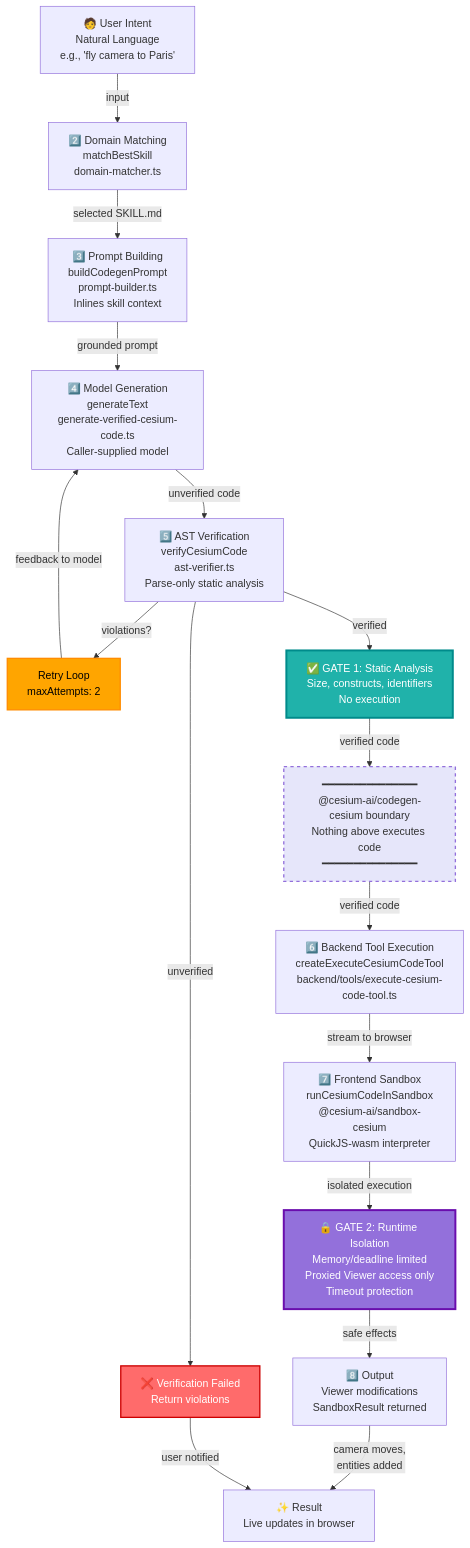
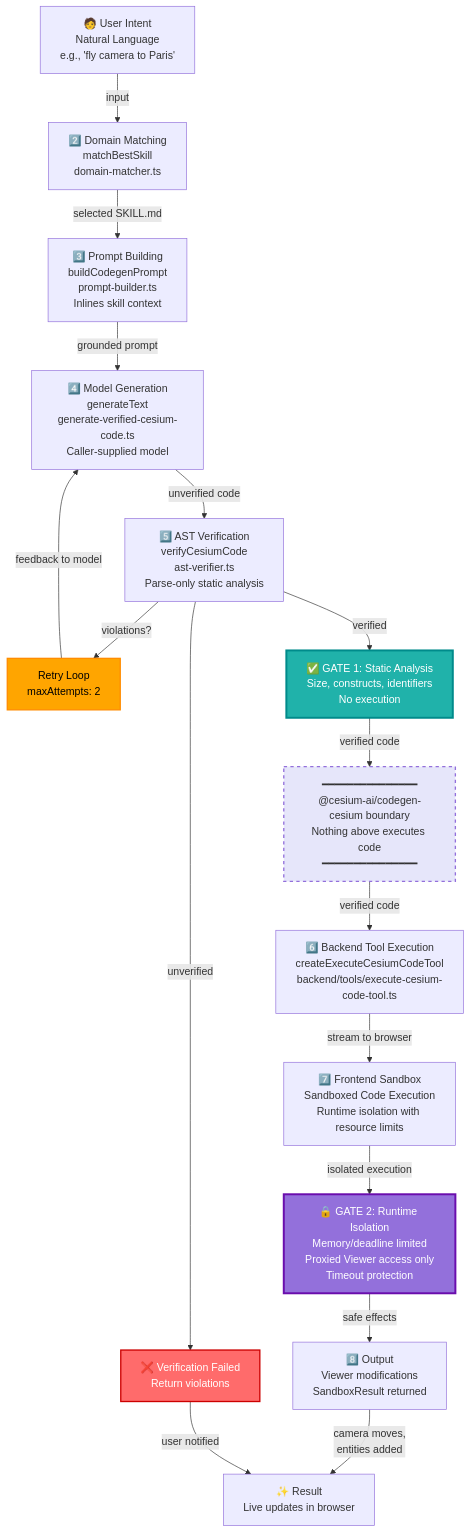
The first of 2 diagrams in packages/codegen-cesium/README.md (CesiumGS/cesiumjs-ai-starter-app), drawn with Mermaid before and after one commit. The commit also changed other lines of this file and 4 other files, not shown here.

````diff
--- a/packages/codegen-cesium/README.md
+++ b/packages/codegen-cesium/README.md
@@ -30,36 +30,36 @@
 ```mermaid
 graph TD
     A["🧑 User Intent<br/>Natural Language<br/>e.g., 'fly camera to Paris'"] -->|input| B["2️⃣ Domain Matching<br/>matchBestSkill<br/>domain-matcher.ts"]
 
     B -->|selected SKILL.md| C["3️⃣ Prompt Building<br/>buildCodegenPrompt<br/>prompt-builder.ts<br/>Inlines skill context"]
 
     C -->|grounded prompt| D["4️⃣ Model Generation<br/>generateText<br/>generate-verified-cesium-code.ts<br/>Caller-supplied model"]
 
     D -->|unverified code| E["5️⃣ AST Verification<br/>verifyCesiumCode<br/>ast-verifier.ts<br/>Parse-only static analysis"]
 
     E -->|violations?| E_retry["Retry Loop<br/>maxAttempts: 2"]
     E_retry -->|feedback to model| D
 
     E -->|verified| F["✅ GATE 1: Static Analysis<br/>Size, constructs, identifiers<br/>No execution"]
 
     F -->|verified code| BOUNDARY["━━━━━━━━━━━━━━━<br/>@cesium-ai/codegen-cesium boundary<br/>Nothing above executes code<br/>━━━━━━━━━━━━━━━"]
 
     BOUNDARY -->|verified code| G["6️⃣ Backend Tool Execution<br/>createExecuteCesiumCodeTool<br/>backend/tools/execute-cesium-code-tool.ts"]
 
-    G -->|stream to browser| H["7️⃣ Frontend Sandbox<br/>runCesiumCodeInSandbox<br/>@cesium-ai/sandbox-cesium<br/>QuickJS-wasm interpreter"]
+    G -->|stream to browser| H["7️⃣ Frontend Sandbox<br/>Sandboxed Code Execution<br/>Runtime isolation with resource limits"]
 
     H -->|isolated execution| I["🔒 GATE 2: Runtime Isolation<br/>Memory/deadline limited<br/>Proxied Viewer access only<br/>Timeout protection"]
 
     I -->|safe effects| J["8️⃣ Output<br/>Viewer modifications<br/>SandboxResult returned"]
 
     J -->|camera moves,<br/>entities added| K["✨ Result<br/>Live updates in browser"]
 
     E -->|unverified| REJECT["❌ Verification Failed<br/>Return violations"]
     REJECT -->|user notified| K
 
     style F fill:#20B2AA,stroke:#008B8B,stroke-width:3px,color:#fff
     style I fill:#9370DB,stroke:#6A0DAD,stroke-width:3px,color:#fff
     style BOUNDARY fill:#E6E6FA,stroke:#9370DB,stroke-width:2px,stroke-dasharray: 5 5
     style E_retry fill:#FFA500,stroke:#FF8C00,stroke-width:2px,color:#000
     style REJECT fill:#FF6B6B,stroke:#CC0000,stroke-width:2px,color:#fff
 ```
````
